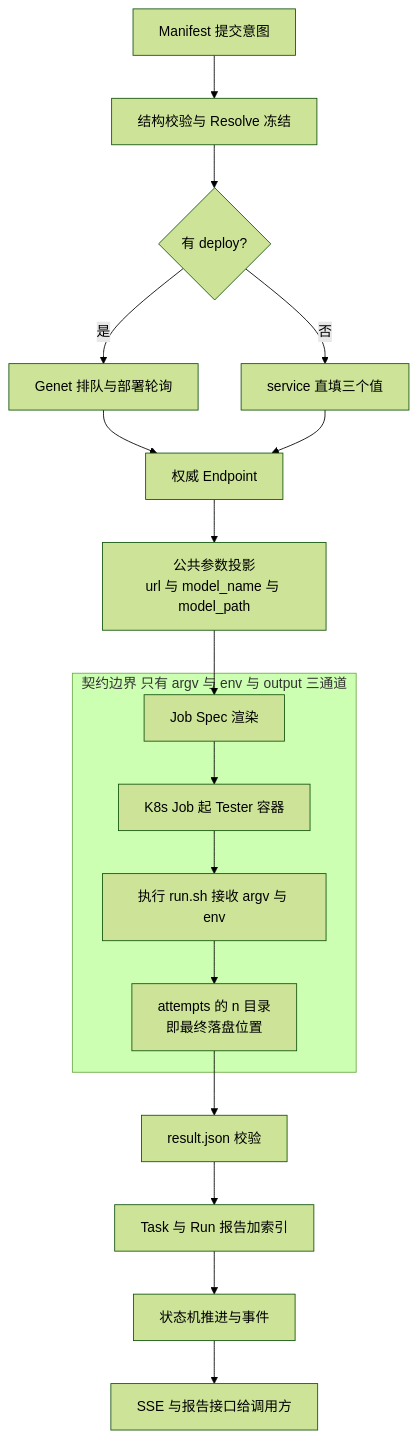
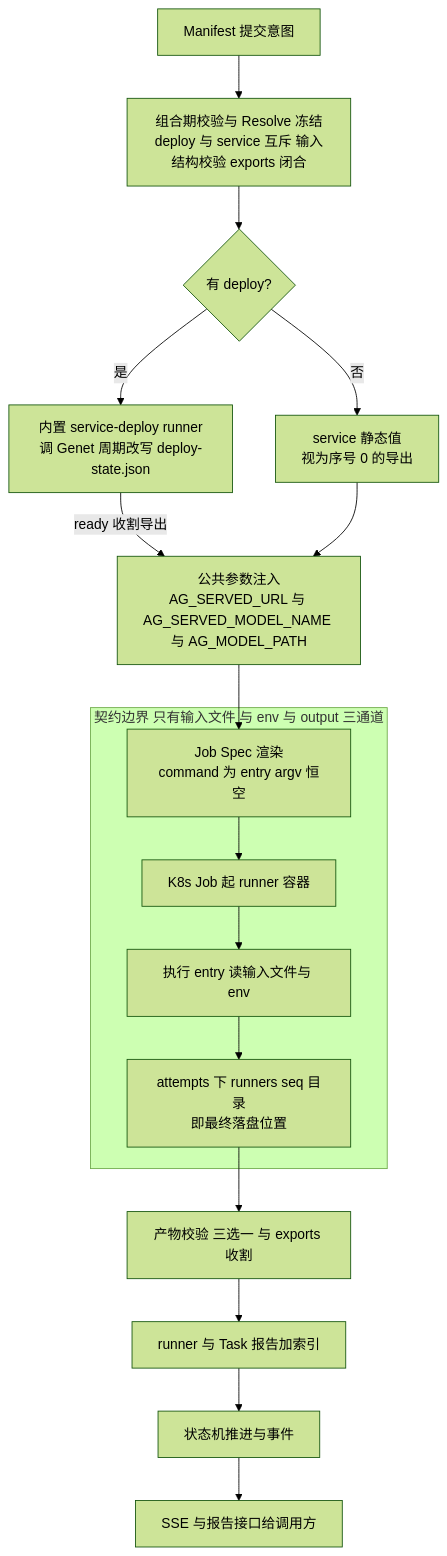
One commit to ucm-system/testplane changed the third of 7 diagrams in docs/design/overall-design.md. Above: the diagram before and after it, drawn with Mermaid (forest theme). The commit also changed other lines of this file and 471 other files, not shown here.

````diff
--- a/docs/design/overall-design.md
+++ b/docs/design/overall-design.md
@@ -259,23 +260,22 @@
 ```mermaid
 flowchart TD
-  M["Manifest 提交意图"] --> V["结构校验与 Resolve 冻结"]
+  M["Manifest 提交意图"] --> V["组合期校验与 Resolve 冻结<br/>deploy 与 service 互斥 输入结构校验 exports 闭合"]
   V --> Q{"有 deploy?"}
-  Q -->|"是"| G["Genet 排队与部署轮询"]
-  Q -->|"否"| E0["service 直填三个值"]
-  G --> EP["权威 Endpoint"]
+  Q -->|"是"| G["内置 service-deploy runner<br/>调 Genet 周期改写 deploy-state.json"]
+  Q -->|"否"| E0["service 静态值<br/>视为序号 0 的导出"]
+  G -->|"ready 收割导出"| EP["公共参数注入<br/>AG_SERVED_URL 与 AG_SERVED_MODEL_NAME 与 AG_MODEL_PATH"]
   E0 --> EP
-  EP --> PP["公共参数投影<br/>url 与 model_name 与 model_path"]
-  subgraph CB["契约边界 只有 argv 与 env 与 output 三通道"]
-    JS["Job Spec 渲染"]
-    TJ["K8s Job 起 Tester 容器"]
-    TE["执行 run.sh 接收 argv 与 env"]
-    OU["attempts 的 n 目录<br/>即最终落盘位置"]
+  subgraph CB["契约边界 只有输入文件 与 env 与 output 三通道"]
+    JS["Job Spec 渲染<br/>command 为 entry argv 恒空"]
+    TJ["K8s Job 起 runner 容器"]
+    TE["执行 entry 读输入文件与 env"]
+    OU["attempts 下 runners seq 目录<br/>即最终落盘位置"]
     JS --> TJ --> TE
     TE --> OU
   end
-  PP --> JS
-  OU --> RV["result.json 校验"]
-  RV --> RP["Task 与 Run 报告加索引"]
+  EP --> JS
+  OU --> RV["产物校验 三选一 与 exports 收割"]
+  RV --> RP["runner 与 Task 报告加索引"]
   RP --> ST["状态机推进与事件"]
   ST --> SSE["SSE 与报告接口给调用方"]
 ```
````
